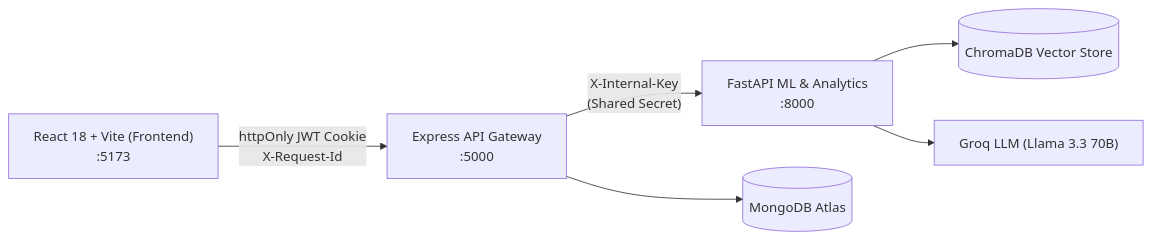
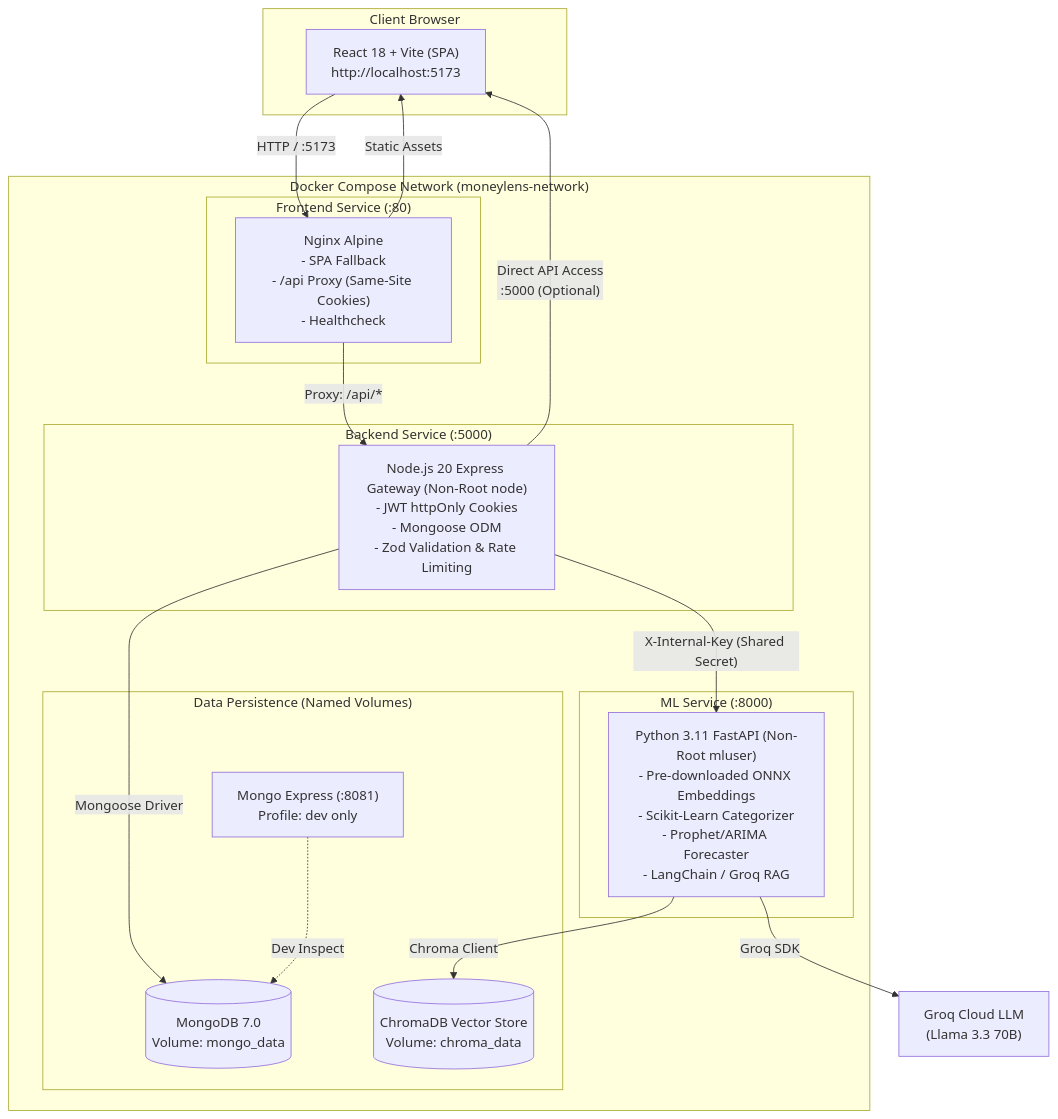
Before and after one commit to Jainaksh23/Moneylens: the diagram in README.md, drawn with Mermaid. The commit also changed other lines of this file and 210 other files, not shown here.

````diff
--- a/README.md
+++ b/README.md
@@ -11,8 +11,36 @@
 ```mermaid
-flowchart LR
-    Browser["React 18 + Vite (Frontend)\n:5173"] -- "httpOnly JWT Cookie\nX-Request-Id" --> Backend["Express API Gateway\n:5000"]
-    Backend -- "X-Internal-Key\n(Shared Secret)" --> ML["FastAPI ML & Analytics\n:8000"]
-    Backend --> DB[("MongoDB Atlas")]
-    ML --> Chroma[("ChromaDB Vector Store")]
-    ML --> Groq["Groq LLM (Llama 3.3 70B)"]
+flowchart TD
+    subgraph Client ["Client Browser"]
+        Browser["React 18 + Vite (SPA)\nhttp://localhost:5173"]
+    end
+
+    subgraph Docker ["Docker Compose Network (moneylens-network)"]
+        subgraph FrontendContainer ["Frontend Service (:80)"]
+            Nginx["Nginx Alpine\n- SPA Fallback\n- /api Proxy (Same-Site Cookies)\n- Healthcheck"]
+        end
+
+        subgraph BackendContainer ["Backend Service (:5000)"]
+            Express["Node.js 20 Express Gateway (Non-Root node)\n- JWT httpOnly Cookies\n- Mongoose ODM\n- Zod Validation & Rate Limiting"]
+        end
+
+        subgraph MLContainer ["ML Service (:8000)"]
+            FastAPI["Python 3.11 FastAPI (Non-Root mluser)\n- Pre-downloaded ONNX Embeddings\n- Scikit-Learn Categorizer\n- Prophet/ARIMA Forecaster\n- LangChain / Groq RAG"]
+        end
+
+        subgraph DataStores ["Data Persistence (Named Volumes)"]
+            Mongo[("MongoDB 7.0\nVolume: mongo_data")]
+            Chroma[("ChromaDB Vector Store\nVolume: chroma_data")]
+            MongoExpress["Mongo Express (:8081)\nProfile: dev only"]
+        end
+    end
+
+    Browser -- "HTTP / :5173" --> Nginx
+    Nginx -- "Static Assets" --> Browser
+    Nginx -- "Proxy: /api/*" --> Express
+    Express -- "Direct API Access\n:5000 (Optional)" --> Browser
+    Express -- "Mongoose Driver" --> Mongo
+    Express -- "X-Internal-Key (Shared Secret)" --> FastAPI
+    FastAPI -- "Chroma Client" --> Chroma
+    FastAPI -- "Groq SDK" --> Groq["Groq Cloud LLM\n(Llama 3.3 70B)"]
+    MongoExpress -. "Dev Inspect" .-> Mongo
 ```
````
